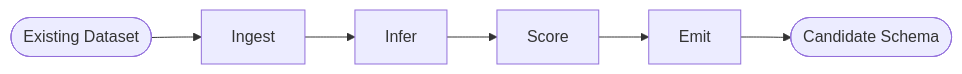
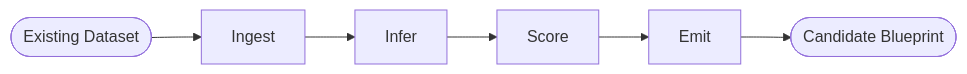
One commit to Yaming-Hub/knit changed the fourth of 9 diagrams in docs/architecture.md. Above: the diagram before and after it, drawn with Mermaid. The commit also changed other lines of this file and 99 other files, not shown here.

First line of the commit message:
refactor: rename 'schema' to 'blueprint' throughout codebase (#235)

````diff
--- a/docs/architecture.md
+++ b/docs/architecture.md
@@ -96,8 +96,8 @@
 ```mermaid
 flowchart LR
     data([Existing Dataset]) --> ingest[Ingest]
     ingest --> infer[Infer]
     infer --> score[Score]
     score --> emit[Emit]
-    emit --> schema([Candidate Schema])
+    emit --> blueprint([Candidate Blueprint])
 ```
````
